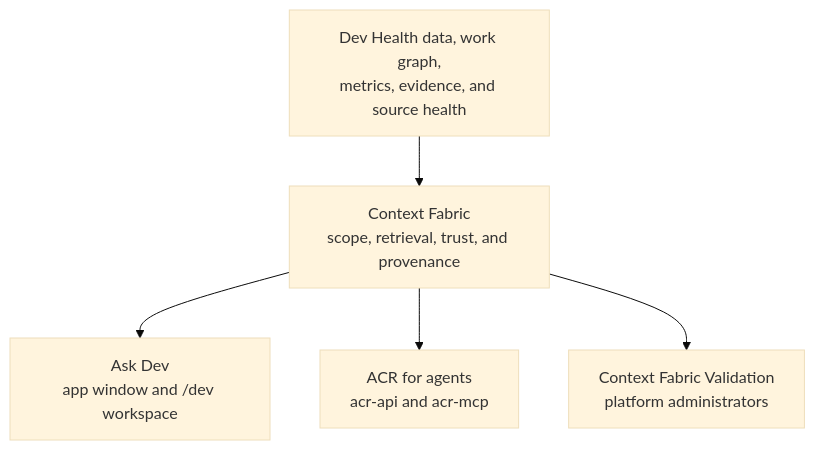
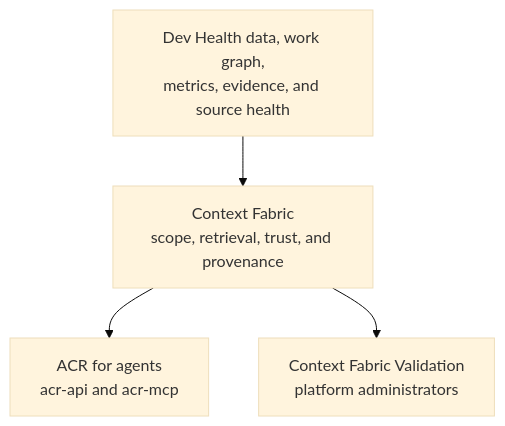
Before and after one commit to full-chaos/dev-health-ops: the diagram in docs/use/ai-workflows/index.md, drawn with Mermaid (base theme). The commit also changed other lines of this file and 39 other files, not shown here.

````diff
--- a/docs/use/ai-workflows/index.md
+++ b/docs/use/ai-workflows/index.md
@@ -81,7 +79,6 @@
 ```mermaid
 flowchart TB
     DH["Dev Health data, work graph,<br/>metrics, evidence, and source health"] --> CF["Context Fabric<br/>scope, retrieval, trust, and provenance"]
-    CF --> ASK["Ask Dev<br/>app window and /dev workspace"]
     CF --> ACR["ACR for agents<br/>acr-api and acr-mcp"]
     CF --> VAL["Context Fabric Validation<br/>platform administrators"]
 ```
````
